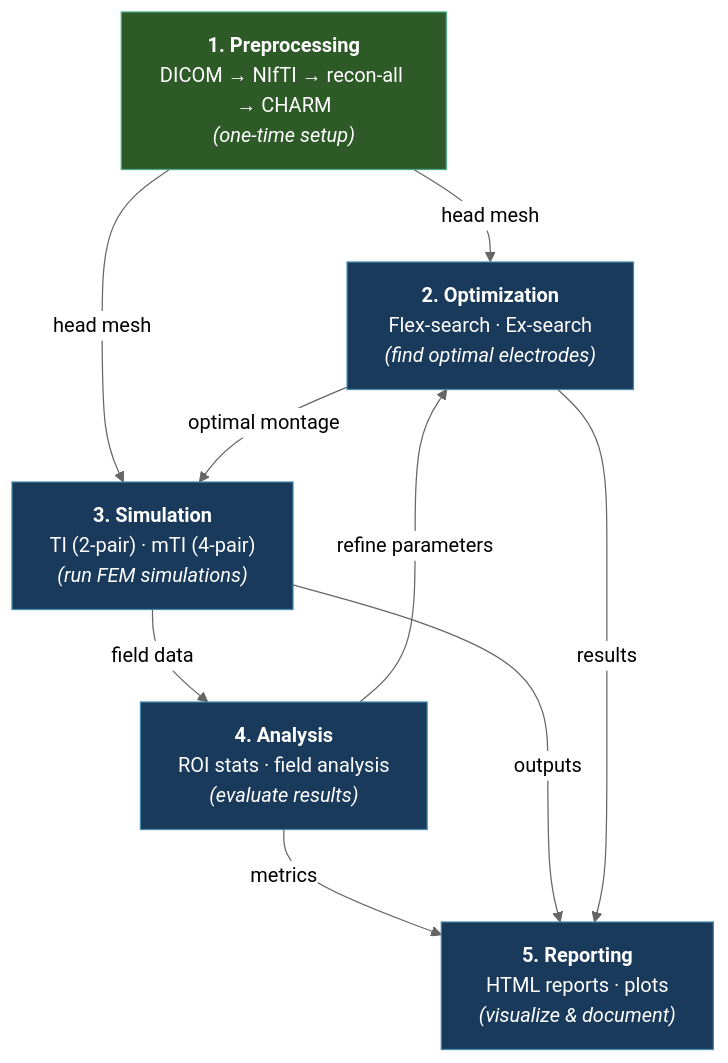
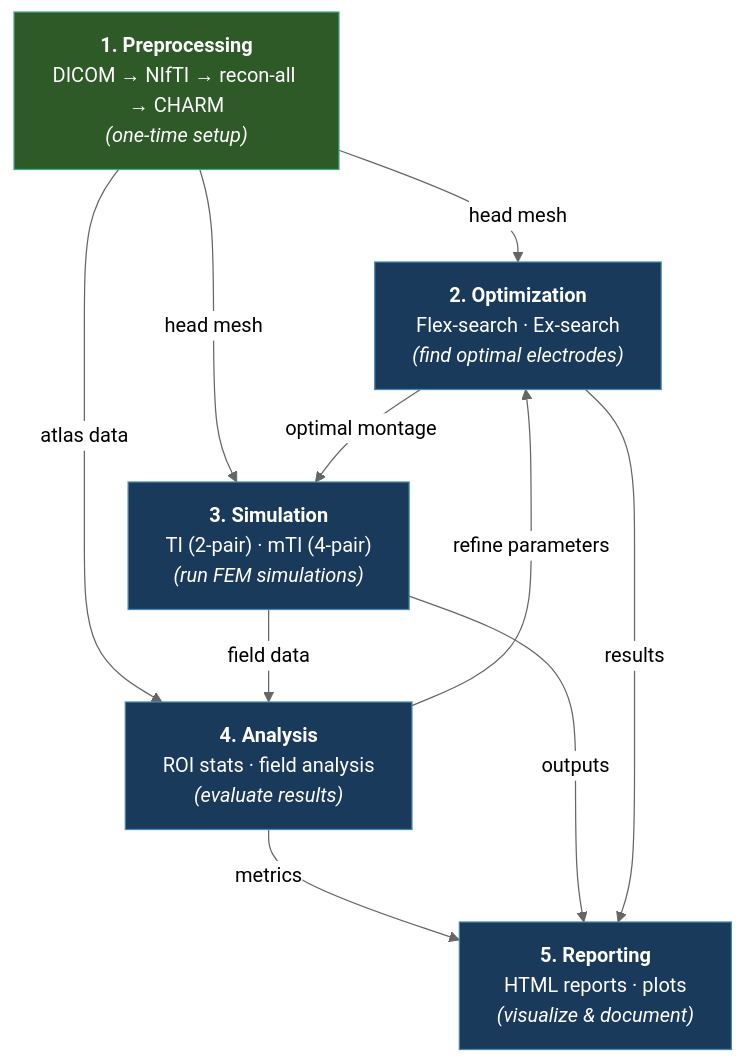
The diagram in docs/api_mkdocs/docs/index.md (idossha/TI-Toolbox), drawn with Mermaid (neutral theme) before and after one commit. The commit also changed 9 other files, not shown here.

First line of the commit message:
docs: standardize mermaid diagram color scheme, shapes, and I/O logic (#86)

````diff
--- a/docs/api_mkdocs/docs/index.md
+++ b/docs/api_mkdocs/docs/index.md
@@ -9,37 +9,38 @@
 ```mermaid
 graph TD
     PRE["`**1. Preprocessing**
     DICOM → NIfTI → recon-all → CHARM
     *(one-time setup)*`"]
 
     OPT["`**2. Optimization**
     Flex-search · Ex-search
     *(find optimal electrodes)*`"]
 
     SIM["`**3. Simulation**
     TI (2-pair) · mTI (4-pair)
     *(run FEM simulations)*`"]
 
     ANA["`**4. Analysis**
     ROI stats · field analysis
     *(evaluate results)*`"]
 
     REP["`**5. Reporting**
     HTML reports · plots
     *(visualize & document)*`"]
 
     PRE -->|head mesh| OPT
     PRE -->|head mesh| SIM
+    PRE -->|atlas data| ANA
     OPT -->|optimal montage| SIM
     SIM -->|field data| ANA
     ANA -->|metrics| REP
     ANA -->|refine parameters| OPT
     SIM -->|outputs| REP
     OPT -->|results| REP
 
     style PRE fill:#2d5a27,stroke:#4a8,color:#fff
     style OPT fill:#1a3a5c,stroke:#48a,color:#fff
     style SIM fill:#1a3a5c,stroke:#48a,color:#fff
     style ANA fill:#1a3a5c,stroke:#48a,color:#fff
     style REP fill:#1a3a5c,stroke:#48a,color:#fff
 ```
````
